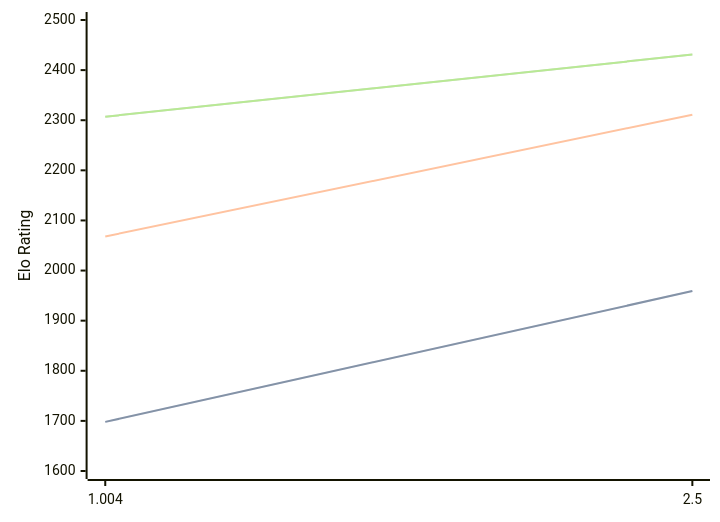
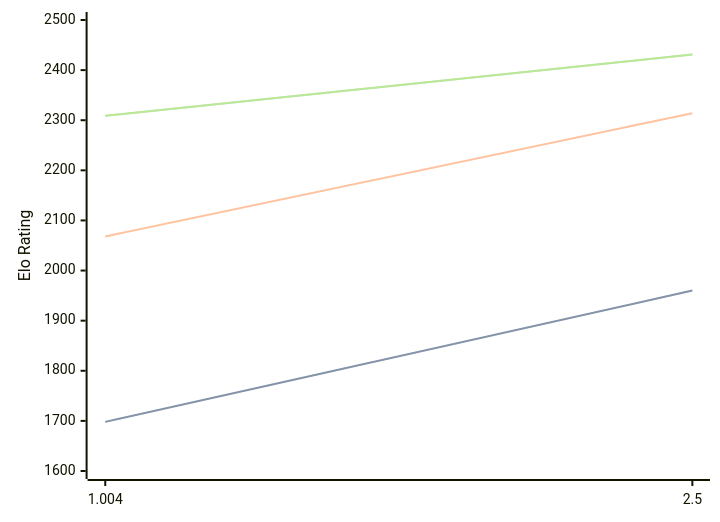
Before and after one commit to computer-chess-index/cci: the third of 3 diagrams in engines/Ares.md, drawn with Mermaid. The commit also changed other lines of this file, not shown here.

Commit message:
Update CCI Ratings (ELO VLTC) - 2026-06-16

````diff
--- a/engines/Ares.md
+++ b/engines/Ares.md
@@ -65,11 +65,11 @@
 ```mermaid
 %%{init: {"theme":"base","themeVariables":{"seriesColors:['#a3a3a3','#222221','#faa371']}}}%%
 xychart-beta
   x-axis ["1.004", "2.5"]
   y-axis "Elo Rating" 1600 --> 2500
-  line "STC (8.0+0.08s)" [1698, 1959]
-  line "STC (8.0+0.08s)" [1698, 1959]
-  line "LTC (60.0+0.60s)" [2068, 2311]
-  line "VLTC (2m24s+1.12s)" [2307, 2431]
-  line "VLTC (2m24s+1.12s)" [2307, 2431]
+  line "STC (8.0+0.08s)" [1698, 1960]
+  line "STC (8.0+0.08s)" [1698, 1960]
+  line "LTC (60.0+0.60s)" [2068, 2314]
+  line "VLTC (2m24s+1.12s)" [2309, 2431]
+  line "VLTC (2m24s+1.12s)" [2309, 2431]
 ```
````
